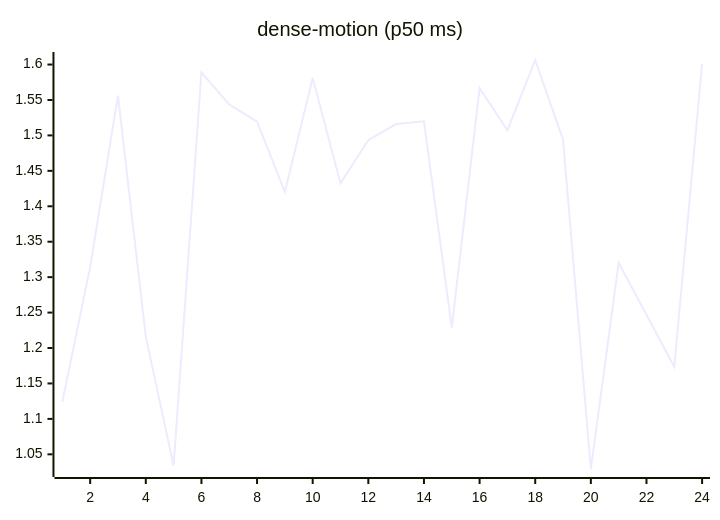
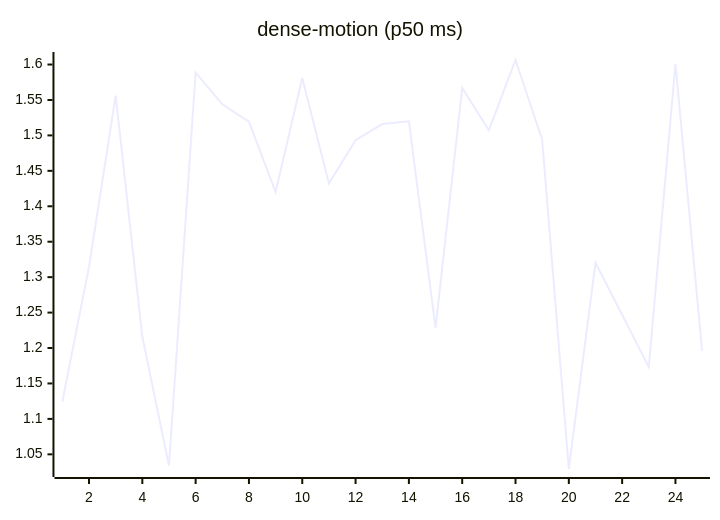
The ninth of 27 diagrams in README.md (josha/Facet), drawn with Mermaid before and after one commit. The commit also changed other lines of this file and 2 other files, not shown here.

````diff
--- a/README.md
+++ b/README.md
@@ -119,6 +119,6 @@
 ```mermaid
 xychart-beta
     title "dense-motion (p50 ms)"
-    x-axis 1 --> 24
-    line [1.1243, 1.3144, 1.5562, 1.2159, 1.0340, 1.5887, 1.5438, 1.5193, 1.4201, 1.5809, 1.4323, 1.4933, 1.5160, 1.5198, 1.2285, 1.5668, 1.5073, 1.6064, 1.4938, 1.0293, 1.3202, 1.2469, 1.1733, 1.6011]
+    x-axis 1 --> 25
+    line [1.1243, 1.3144, 1.5562, 1.2159, 1.0340, 1.5887, 1.5438, 1.5193, 1.4201, 1.5809, 1.4323, 1.4933, 1.5160, 1.5198, 1.2285, 1.5668, 1.5073, 1.6064, 1.4938, 1.0293, 1.3202, 1.2469, 1.1733, 1.6011, 1.1959]
 ```
````
